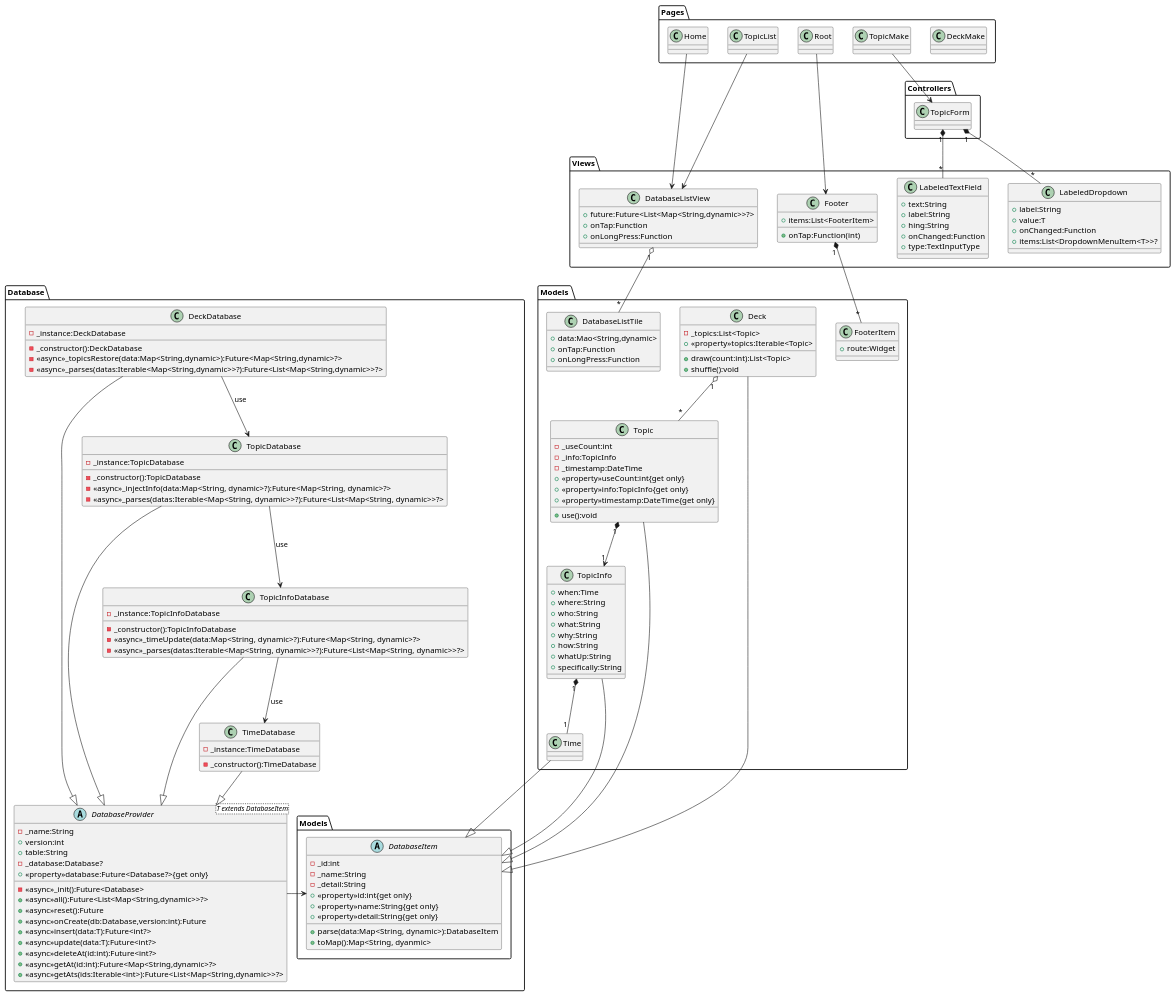
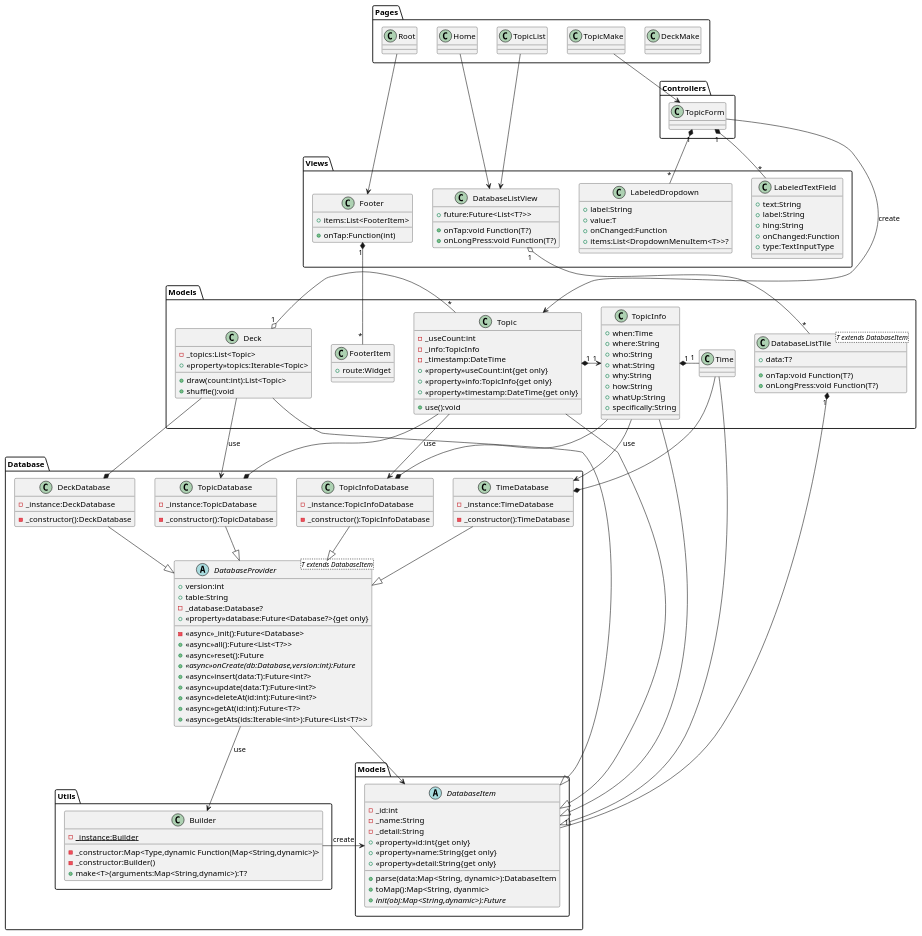
Before and after one commit to nmskm240/conversation_deck: the diagram in classDiagram.pu, drawn with PlantUML. The commit also changed 15 other files, not shown here.

```diff
--- a/classDiagram.pu
+++ b/classDiagram.pu
@@ -1,176 +1,188 @@
 @startuml Conversation deck cards
 package Controllers
 {
     class TopicForm
 }
 
 package Database
 {
     package Models
     {
         abstract DatabaseItem
         {
             -_id:int
             -_name:String
             -_detail:String
             +<<property>>id:int{get only}
             +<<property>>name:String{get only}
             +<<property>>detail:String{get only}
             +parse(data:Map<String, dynamic>):DatabaseItem
             +toMap():Map<String, dyanmic>
+            +{abstract}init(obj:Map<String,dynamic>):Future
+        }
+    }
+    package Utils
+    {
+        class Builder
+        {
+            -_constructor:Map<Type,dynamic Function(Map<String,dynamic>)>
+            -{static}_instance:Builder
+            -_constructor:Builder()
+            +make<T>(arguments:Map<String,dynamic>):T?
         }
     }
     abstract DatabaseProvider<T extends DatabaseItem>
     {
-        -_name:String
         +version:int
         +table:String
         -_database:Database?
         +<<property>>database:Future<Database?>{get only}
         -<<async>>_init():Future<Database>
-        +<<async>>all():Future<List<Map<String,dynamic>>?>
+        +<<async>>all():Future<List<T?>>
         +<<async>>reset():Future
-        +<<async>>onCreate(db:Database,version:int):Future
+        +{abstract}<<async>>onCreate(db:Database,version:int):Future
         +<<async>>insert(data:T):Future<int?>
         +<<async>>update(data:T):Future<int?>
         +<<async>>deleteAt(id:int):Future<int?>
-        +<<async>>getAt(id:int):Future<Map<String,dynamic>?>
-        +<<async>>getAts(ids:Iterable<int>):Future<List<Map<String,dynamic>>?>
+        +<<async>>getAt(id:int):Future<T?>
+        +<<async>>getAts(ids:Iterable<int>):Future<List<T?>>
     }
     class DeckDatabase
     {
         -_instance:DeckDatabase
         -_constructor():DeckDatabase
-        -<<async>>_topicsRestore(data:Map<String,dynamic>):Future<Map<String,dynamic>?>
-        -<<async>>_parses(datas:Iterable<Map<String,dynamic>>?):Future<List<Map<String,dynamic>>?>
     }
     class TimeDatabase
     {
         -_instance:TimeDatabase
         -_constructor():TimeDatabase
     }
     class TopicDatabase
     {
         -_instance:TopicDatabase
         -_constructor():TopicDatabase
-        -<<async>>_injectInfo(data:Map<String, dynamic>?):Future<Map<String, dynamic>?>
-        -<<async>>_parses(datas:Iterable<Map<String, dynamic>>?):Future<List<Map<String, dynamic>>?>
     }
     class TopicInfoDatabase
     {
         -_instance:TopicInfoDatabase
         -_constructor():TopicInfoDatabase
-        -<<async>>_timeUpdate(data:Map<String, dynamic>?):Future<Map<String, dynamic>?>
-        -<<async>>_parses(datas:Iterable<Map<String, dynamic>>?):Future<List<Map<String, dynamic>>?>
     }
 }
 
 package "Models "
 {
-    class DatabaseListTile
+    class DatabaseListTile<T extends DatabaseItem>
     {
-        +data:Mao<String,dynamic>
-        +onTap:Function
-        +onLongPress:Function
+        +data:T?
+        +onTap:void Function(T?)
+        +onLongPress:void Function(T?)
     }
     class Deck
     {
         -_topics:List<Topic>
         +<<property>>topics:Iterable<Topic>
         +draw(count:int):List<Topic>
         +shuffle():void
     }
     class FooterItem
     {
         +route:Widget
     }
     class Time
     class Topic
     {
         -_useCount:int
         -_info:TopicInfo
         -_timestamp:DateTime
         +<<property>>useCount:int{get only}
         +<<property>>info:TopicInfo{get only}
         +<<property>>timestamp:DateTime{get only}
         +use():void
     }
     class TopicInfo
     {
         +when:Time
         +where:String
         +who:String
         +what:String
         +why:String
         +how:String
         +whatUp:String
         +specifically:String
     }
 }
 package Pages
 {
     class DeckMake
     class Home
     class Root
     class TopicList
     class TopicMake
 }
 package Views
 {
     class DatabaseListView
     {
-        +future:Future<List<Map<String,dynamic>>?>
-        +onTap:Function
-        +onLongPress:Function
+        +future:Future<List<T?>>
+        +onTap:void Function(T?)
+        +onLongPress:void Function(T?)
     }
     class Footer
     {
         +items:List<FooterItem>
         +onTap:Function(int)
     }
     class LabeledDropdown
     {
         +label:String
         +value:T
         +onChanged:Function
         +items:List<DropdownMenuItem<T>>?
     }
     class LabeledTextField
     {
         +text:String
         +label:String
         +hing:String
         +onChanged:Function
         +type:TextInputType
     }
 }
 
-DatabaseProvider -left-> DatabaseItem
-DeckDatabase --> TopicDatabase : use
-TopicDatabase --> TopicInfoDatabase : use
-TopicInfoDatabase --> TimeDatabase : use
+DatabaseProvider --> DatabaseItem
+DatabaseProvider --> Builder : use
+Deck --> TopicDatabase : use
+Topic --> TopicInfoDatabase : use
+TopicInfo --> TimeDatabase : use
 Root --> Footer
 Home --> DatabaseListView
 TopicList --> DatabaseListView
 TopicMake --> TopicForm
+TopicForm --> Topic : create
+Builder -left-> DatabaseItem : create
 
 DeckDatabase --|> DatabaseProvider
 TopicDatabase --|> DatabaseProvider
 TopicInfoDatabase --|> DatabaseProvider
 TimeDatabase --|> DatabaseProvider
 Deck --|> DatabaseItem
 Topic --|> DatabaseItem
 TopicInfo --|> DatabaseItem
 Time --|> DatabaseItem
 
-Topic "1" *--> "1" TopicInfo
+Topic "1" *-right-> "1" TopicInfo
 
-TopicInfo "1" *-- "1" Time
+DeckDatabase *-up- Deck
+TopicDatabase *-up- Topic
+TopicInfoDatabase *-up- TopicInfo
+TimeDatabase *-up- Time
+TopicInfo "1" *-right- "1" Time
 TopicForm "1" *-- "*" LabeledDropdown
 TopicForm "1" *-- "*" LabeledTextField
 Footer "1" *-- "*" FooterItem
+DatabaseListTile "1" *-- "1" DatabaseItem
 
-Deck "1" o-- "*" Topic
+Deck "1" o-right- "*" Topic
 DatabaseListView "1" o-- "*" DatabaseListTile
 
 @enduml
```
